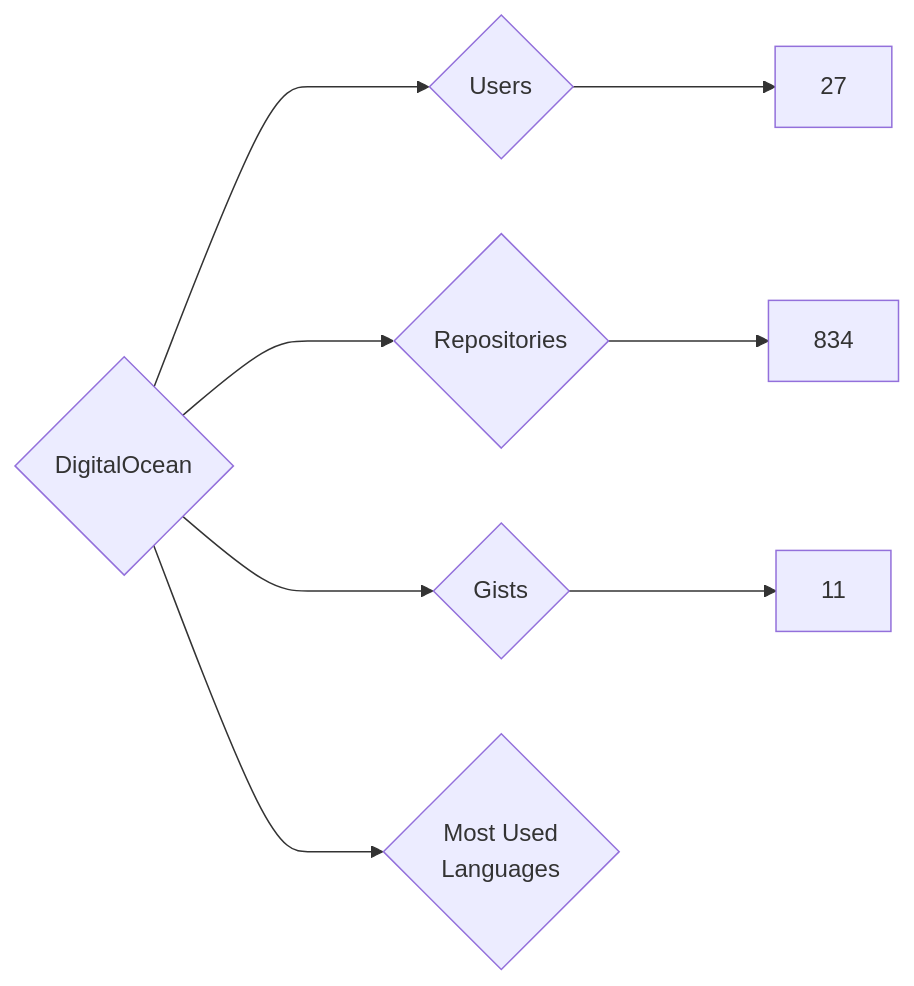
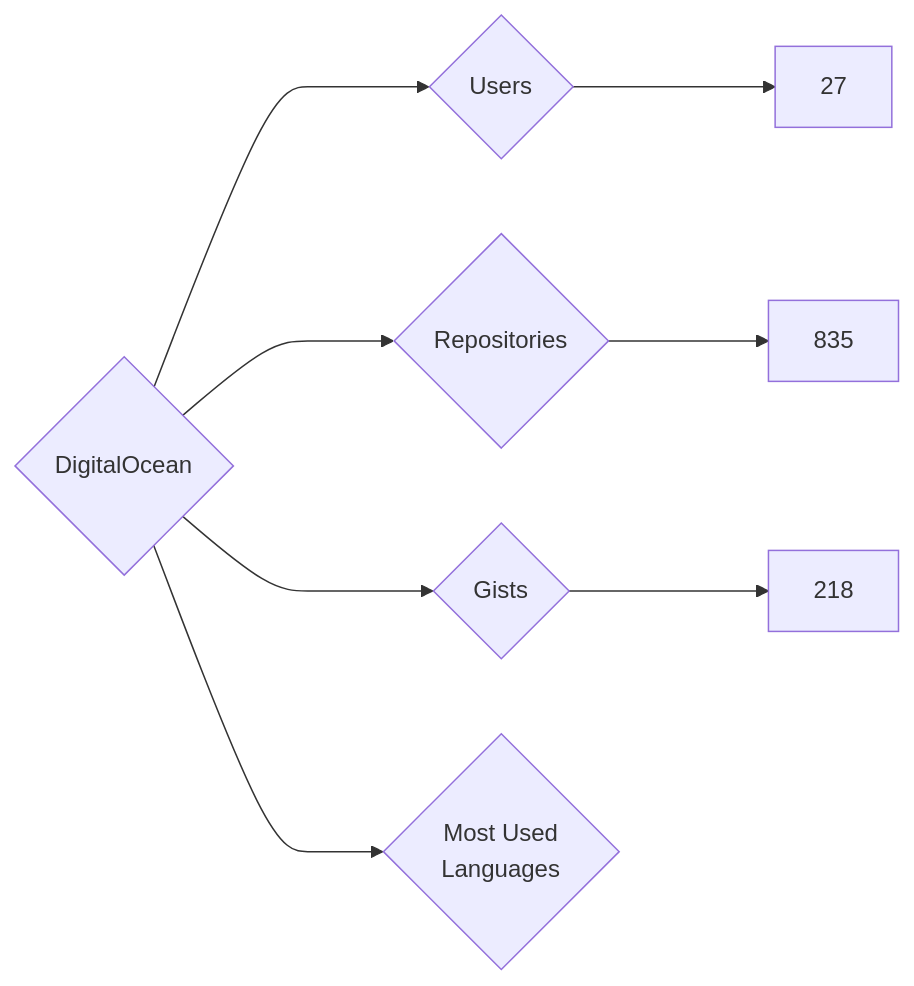
The diagram in targets/DigitalOcean/README.md (nenadzaric/insiders), drawn with Mermaid before and after one commit. The commit also changed 1342 other files, not shown here.

````diff
--- a/targets/DigitalOcean/README.md
+++ b/targets/DigitalOcean/README.md
@@ -3,8 +3,8 @@
 ```mermaid
 graph LR
 COMPANY_NAME{DigitalOcean}
 COMPANY_NAME ---> U{Users} ---> UN[27]
-COMPANY_NAME ---> R{Repositories} ---> RN[834]
-COMPANY_NAME ---> G{Gists} ---> GN[11]
+COMPANY_NAME ---> R{Repositories} ---> RN[835]
+COMPANY_NAME ---> G{Gists} ---> GN[218]
 COMPANY_NAME ---> ML{Most Used<br>Languages}
 ```
````
